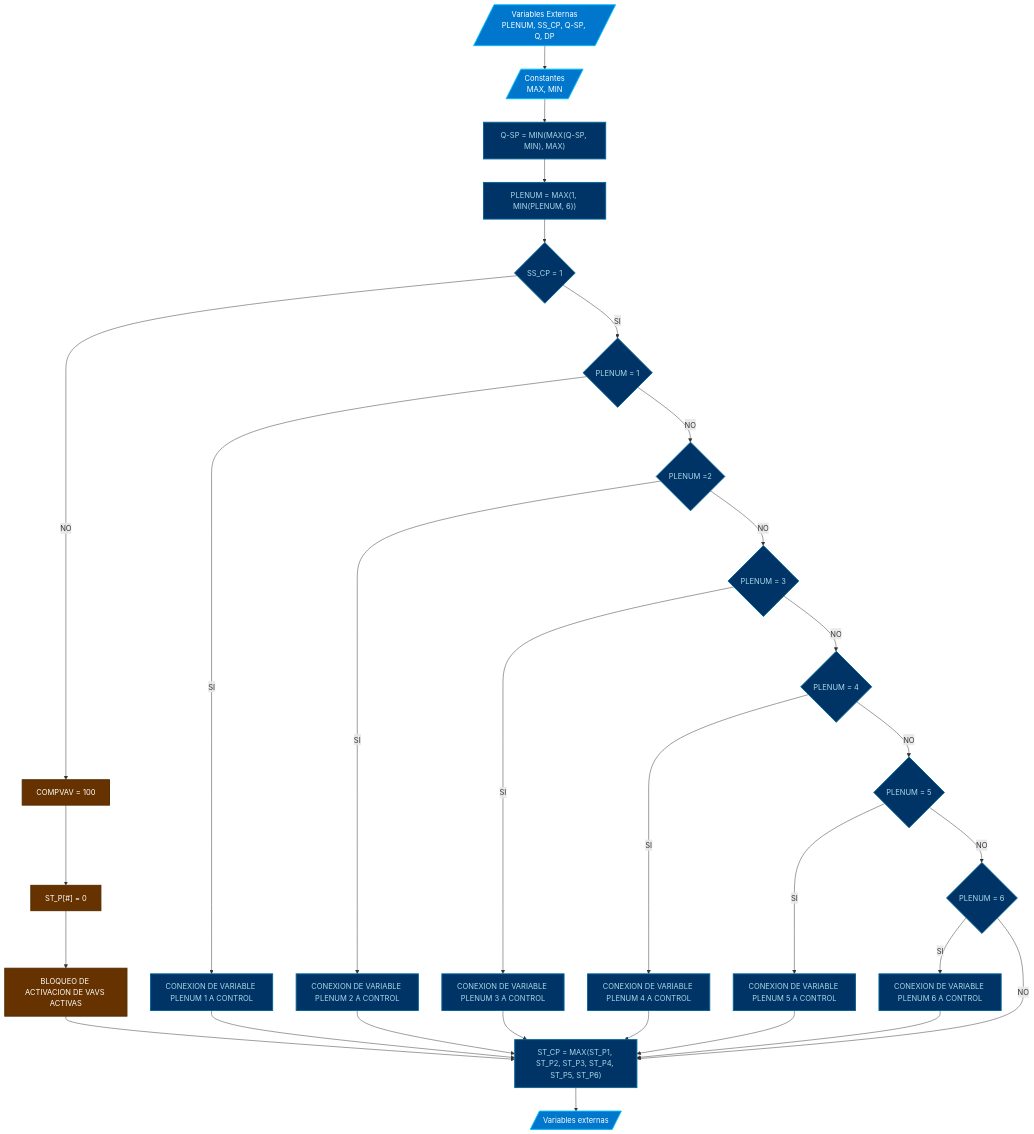
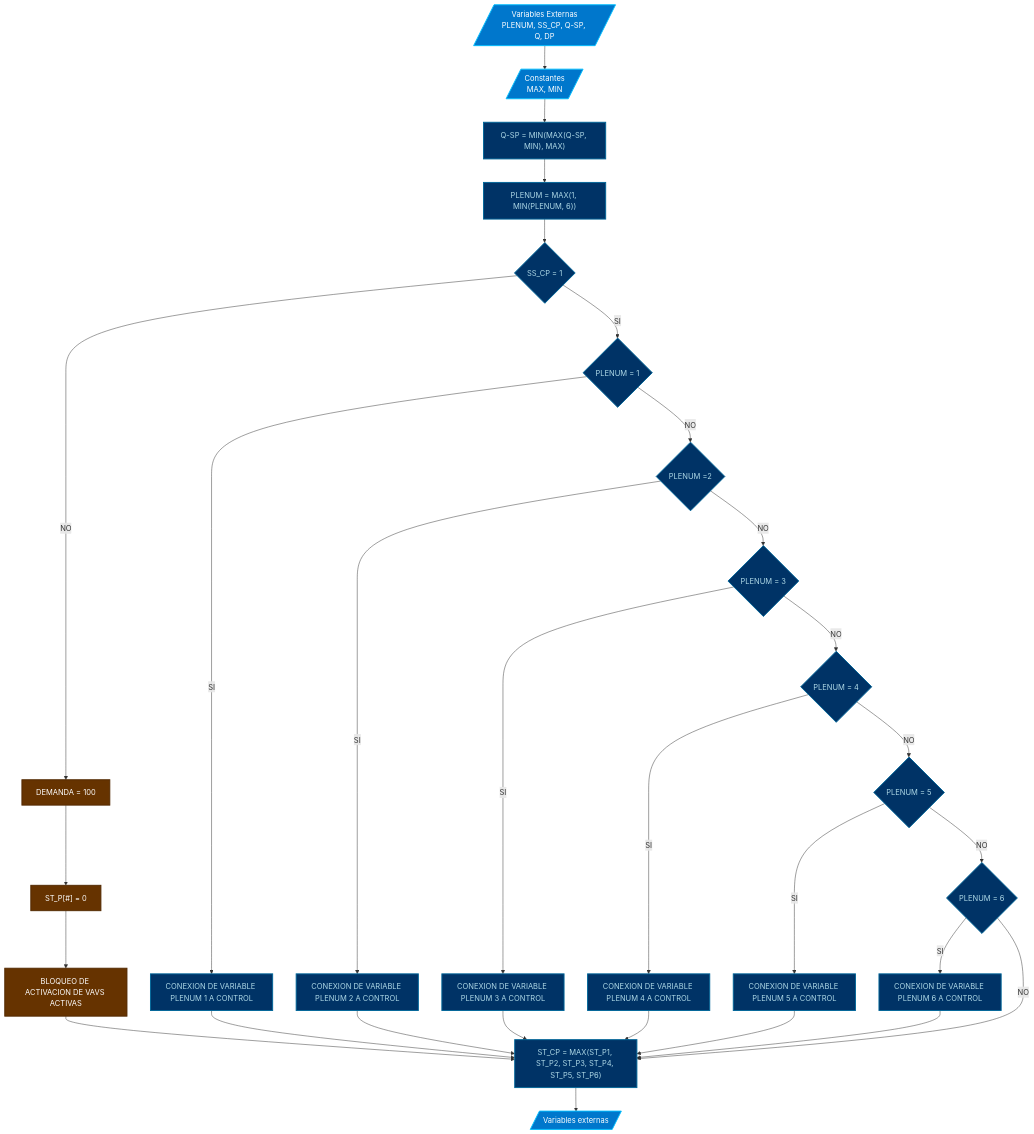
Before and after one commit to cjhirashi/ct-prub-in: the diagram in Cuarto-de-Pruebas/Controlador-1/PRG3/PROMPT.md, drawn with Mermaid. The commit also changed other lines of this file and 2 other files, not shown here.

````diff
--- a/Cuarto-de-Pruebas/Controlador-1/PRG3/PROMPT.md
+++ b/Cuarto-de-Pruebas/Controlador-1/PRG3/PROMPT.md
@@ -292,45 +341,45 @@
 ```mermaid
 flowchart TB
     VAREXT[/"Variables Externas<br>PLENUM, SS_CP, Q-SP, Q, DP"/] --> VARINT
     VARINT[/"Constantes<br>MAX, MIN"/] --> SPQ
     SPQ["Q-SP = MIN(MAX(Q-SP, MIN), MAX)"] --> PLENUM
     PLENUM["PLENUM = MAX(1, MIN(PLENUM, 6))"] --> SSCP
     SSCP{"SS_CP = 1"} -- SI --> PL1
     SSCP -- NO --> OFF1
-    OFF1["COMPVAV = 100"] --> OFF2
+    OFF1["DEMANDA = 100"] --> OFF2
     OFF2["ST_P[#] = 0"] --> OFF3
     OFF3["BLOQUEO DE ACTIVACION DE VAVS ACTIVAS"] --> ST
     PL1{PLENUM = 1} -- SI --> CNX1
     CNX1[CONEXION DE VARIABLE PLENUM 1 A CONTROL] --> ST
     PL1 -- NO --> PL2
     PL2{PLENUM =2} -- SI --> CNX2
     CNX2[CONEXION DE VARIABLE PLENUM 2 A CONTROL] --> ST
     PL2 -- NO --> PL3
     PL3{PLENUM = 3} -- SI --> CNX3
     CNX3[CONEXION DE VARIABLE PLENUM 3 A CONTROL] --> ST
     PL3 -- NO --> PL4
     PL4{PLENUM = 4} -- SI --> CNX4
     CNX4[CONEXION DE VARIABLE PLENUM 4 A CONTROL] --> ST
     PL4 -- NO --> PL5
     PL5{PLENUM = 5} -- SI --> CNX5
     CNX5[CONEXION DE VARIABLE PLENUM 5 A CONTROL] --> ST
     PL5 -- NO --> PL6
     PL6{PLENUM = 6} -- SI --> CNX6
     CNX6[CONEXION DE VARIABLE PLENUM 6 A CONTROL] --> ST
     PL6 -- NO --> ST
     ST["ST_CP = MAX(ST_P1, ST_P2, ST_P3, ST_P4, ST_P5, ST_P6)"] --> VAROUT
 
     VAROUT[/"Variables externas<br>"/]
     
 
     classDef var fill:#0077CC, stroke:#00BFFF, stroke-width:2px, color:#FFFFFF
     class VAREXT,VARINT,VAROUT var
 
     classDef proceso fill:#003366, stroke:#006699, stroke-width:2px, color:#ADD8E6
     class SPQ,PLENUM,SSCP,OFF1,OFF2,OFF3,PL1,CNX1,PL2,CNX2,PL3,CNX3,PL4,CNX4,PL5,CNX5,PL6,CNX6,ST proceso
 
     classDef negativo fill:#663300, stroke:#522900, stroke-width:2px, color:#FFFFFF
     class OFF1,OFF2,OFF3 negativo
 
 
 ```
````
